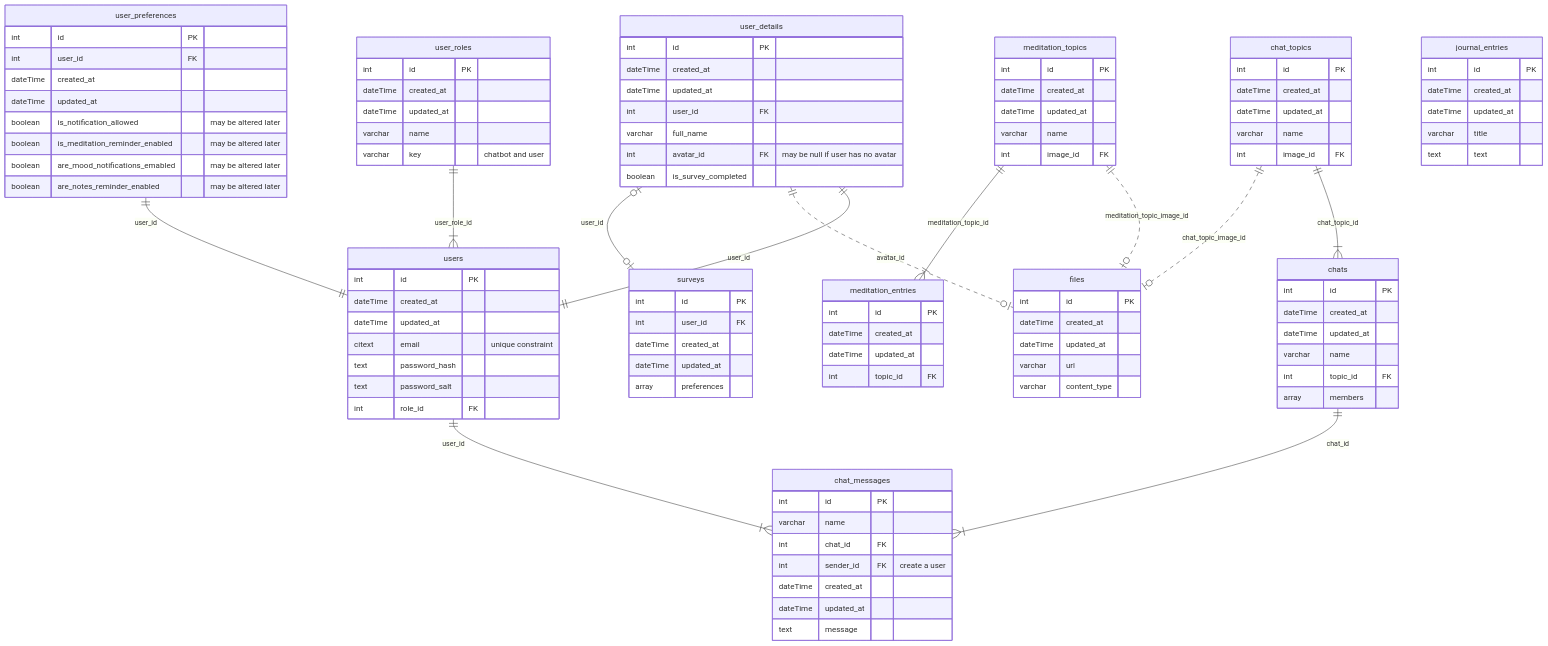
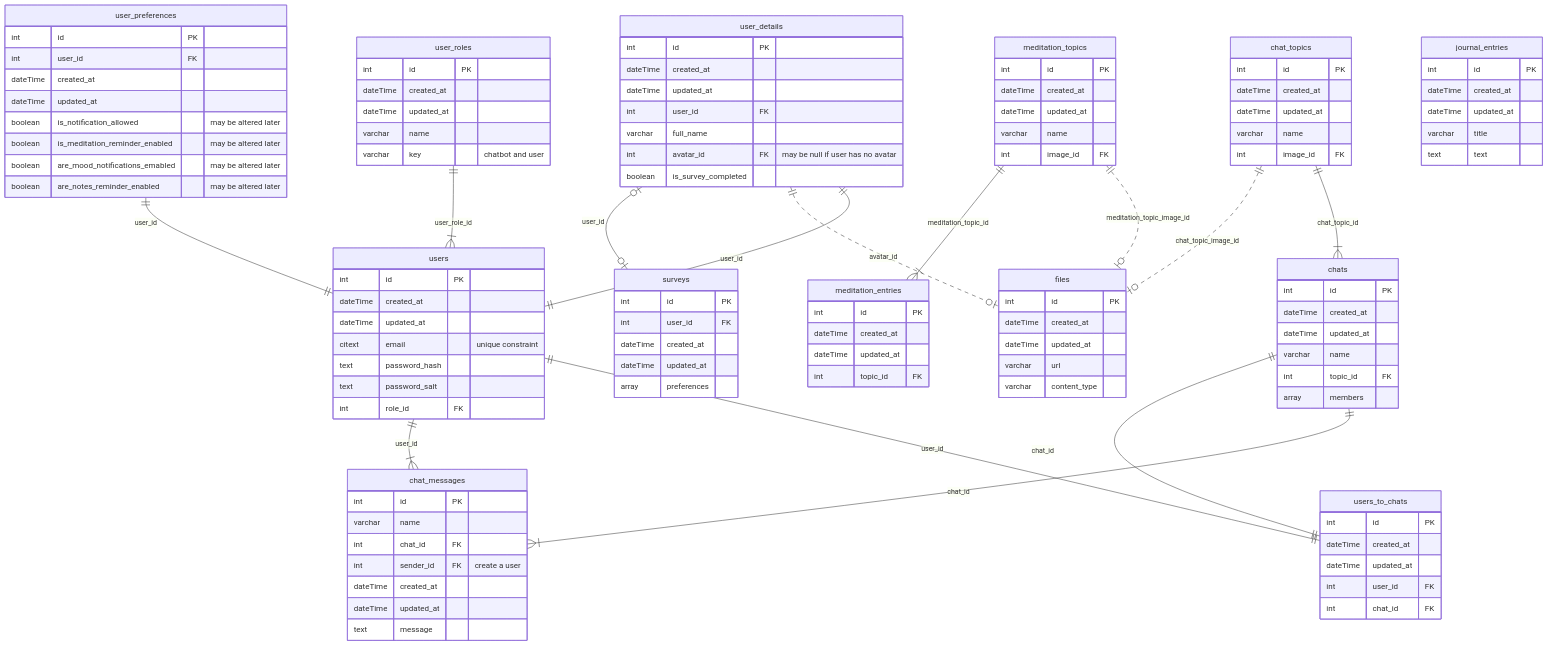
One commit to BinaryStudioAcademy/bsa-2023-calmpal changed the diagram in readme.md. Above: the diagram before and after it, drawn with Mermaid.

Commit message:
cp-189: + users to chats table in readme

```diff
--- a/readme.md
+++ b/readme.md
@@ -83,6 +83,13 @@
       int topic_id FK
       array members
    }
+	users_to_chats {
+		int id PK
+		dateTime created_at
+		dateTime updated_at
+		int user_id FK
+		int chat_id FK
+	}
    chat_messages {
       int id PK
       varchar name
@@ -126,6 +133,8 @@
    chat_topics ||--|{ chats : chat_topic_id
    chat_topics ||..|o files : chat_topic_image_id
    chats ||--|{ chat_messages : chat_id
+	 chats ||--|| users_to_chats : chat_id
+	 users ||--|| users_to_chats : user_id
    users ||--|{ chat_messages : user_id
    meditation_topics ||..|o files : meditation_topic_image_id
    meditation_topics ||--|{ meditation_entries : meditation_topic_id
```
